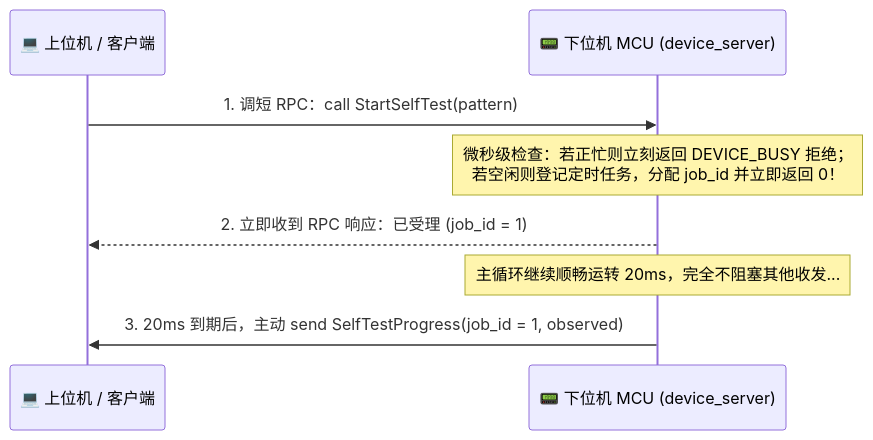
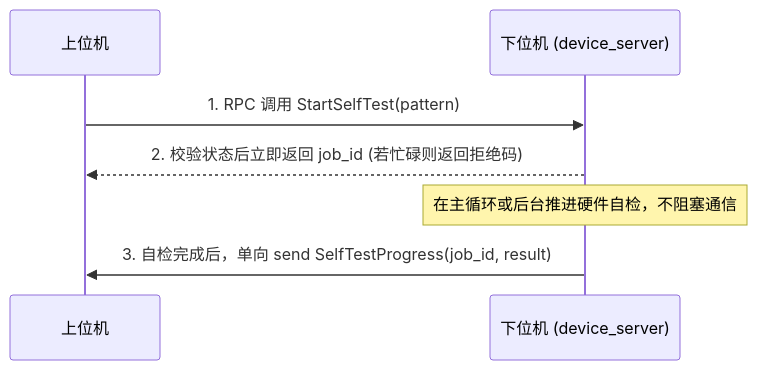
One commit to starwey604/wirelink changed the diagram in site/src/content/docs/zh-cn/learn/02-telemetry.mdx. Above: the diagram before and after it, drawn with Mermaid. The commit also changed other lines of this file and 5 other files, not shown here.

````diff
--- a/site/src/content/docs/zh-cn/learn/02-telemetry.mdx
+++ b/site/src/content/docs/zh-cn/learn/02-telemetry.mdx
@@ -174,11 +148,10 @@
 ```mermaid
 sequenceDiagram
-  participant Client as 💻 上位机 / 客户端
-  participant Server as 📟 下位机 MCU (device_server)
+  participant Host as 上位机
+  participant MCU as 下位机 (device_server)
 
-  Client->>Server: 1. 调短 RPC：call StartSelfTest(pattern)
-  Note over Server: 微秒级检查：若正忙则立刻返回 DEVICE_BUSY 拒绝；<br/>若空闲则登记定时任务，分配 job_id 并立即返回 0！
-  Server-->>Client: 2. 立即收到 RPC 响应：已受理 (job_id = 1)
-  Note over Server: 主循环继续顺畅运转 20ms，完全不阻塞其他收发...
-  Server->>Client: 3. 20ms 到期后，主动 send SelfTestProgress(job_id = 1, observed)
+  Host->>MCU: 1. RPC 调用 StartSelfTest(pattern)
+  MCU-->>Host: 2. 校验状态后立即返回 job_id (若忙碌则返回拒绝码)
+  Note over MCU: 在主循环或后台推进硬件自检，不阻塞通信
+  MCU->>Host: 3. 自检完成后，单向 send SelfTestProgress(job_id, result)
 ```
````
